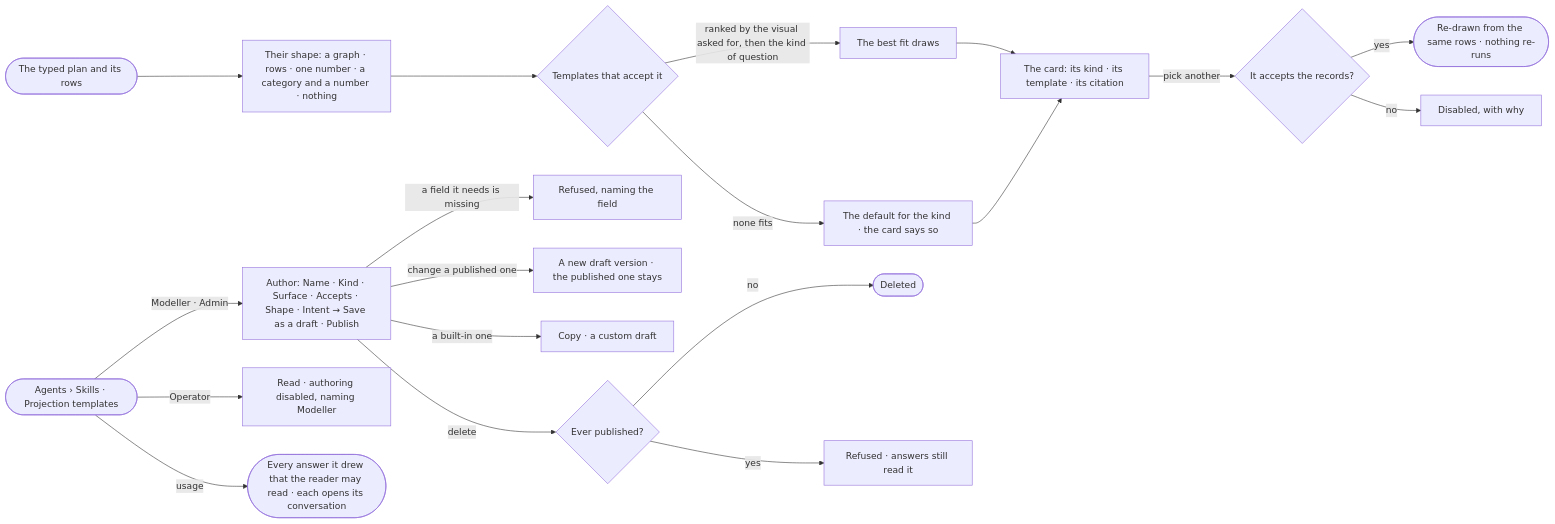
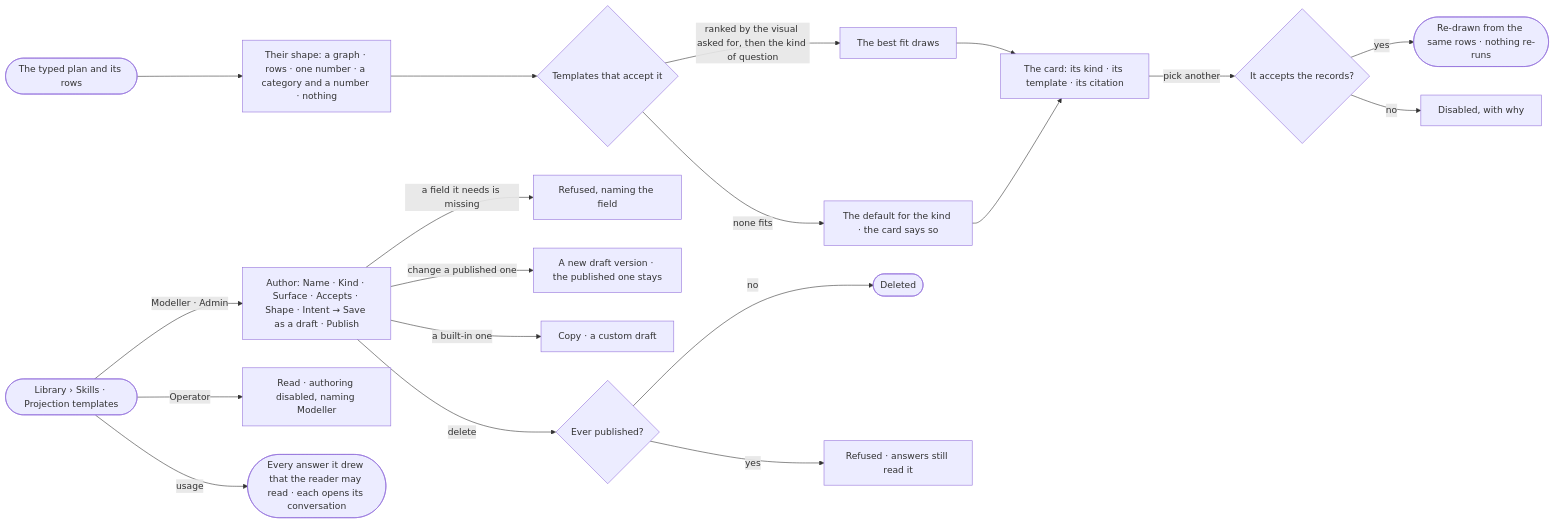
One commit to invana/invana changed the diagram in specs/capabilities/explore/features/EX-F04-the-answer/stories/EX-03-the-answer-in-the-shape-that-fits/story.md. Above: the diagram before and after it, drawn with Mermaid. The commit also changed other lines of this file and 106 other files, not shown here.

````diff
--- a/specs/capabilities/explore/features/EX-F04-the-answer/stories/EX-03-the-answer-in-the-shape-that-fits/story.md
+++ b/specs/capabilities/explore/features/EX-F04-the-answer/stories/EX-03-the-answer-in-the-shape-that-fits/story.md
@@ -27,21 +27,21 @@
 ```mermaid
 flowchart LR
   r([The typed plan and its rows]) --> s["Their shape: a graph · rows · one number · a category and a number · nothing"]
   s --> t{Templates that accept it}
   t -->|ranked by the visual asked for, then the kind of question| pick["The best fit draws"]
   t -->|none fits| def["The default for the kind · the card says so"]
   pick --> card["The card: its kind · its template · its citation"]
   def --> card
   card -->|pick another| sw{It accepts the records?}
   sw -->|yes| re(["Re-drawn from the same rows · nothing re-runs"])
   sw -->|no| dis["Disabled, with why"]
-  tl([Agents › Skills · Projection templates]) -->|Modeller · Admin| au["Author: Name · Kind · Surface · Accepts · Shape · Intent → Save as a draft · Publish"]
+  tl([Library › Skills · Projection templates]) -->|Modeller · Admin| au["Author: Name · Kind · Surface · Accepts · Shape · Intent → Save as a draft · Publish"]
   tl -->|Operator| ro["Read · authoring disabled, naming Modeller"]
   tl -->|usage| us(["Every answer it drew that the reader may read · each opens its conversation"])
   au -->|a field it needs is missing| ref["Refused, naming the field"]
   au -->|change a published one| nv["A new draft version · the published one stays"]
   au -->|a built-in one| cp["Copy · a custom draft"]
   au -->|delete| dd{Ever published?}
   dd -->|no| gone(["Deleted"])
   dd -->|yes| keep["Refused · answers still read it"]
 ```
````
